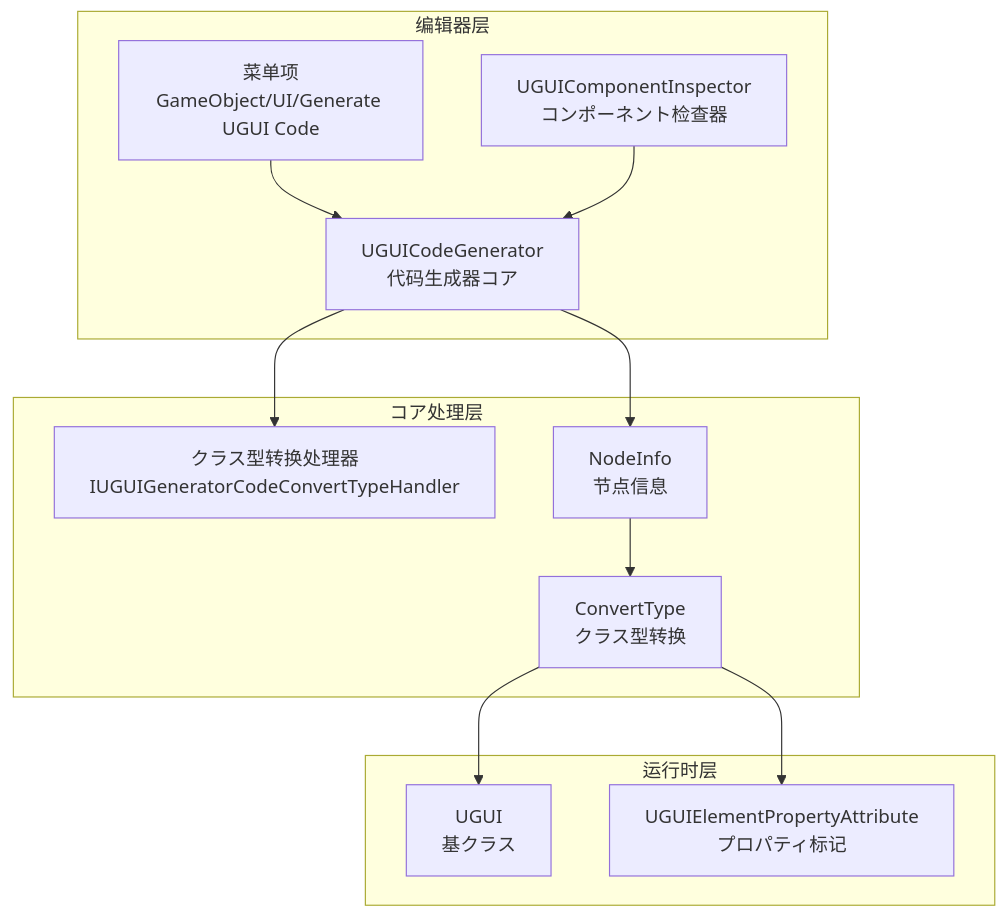
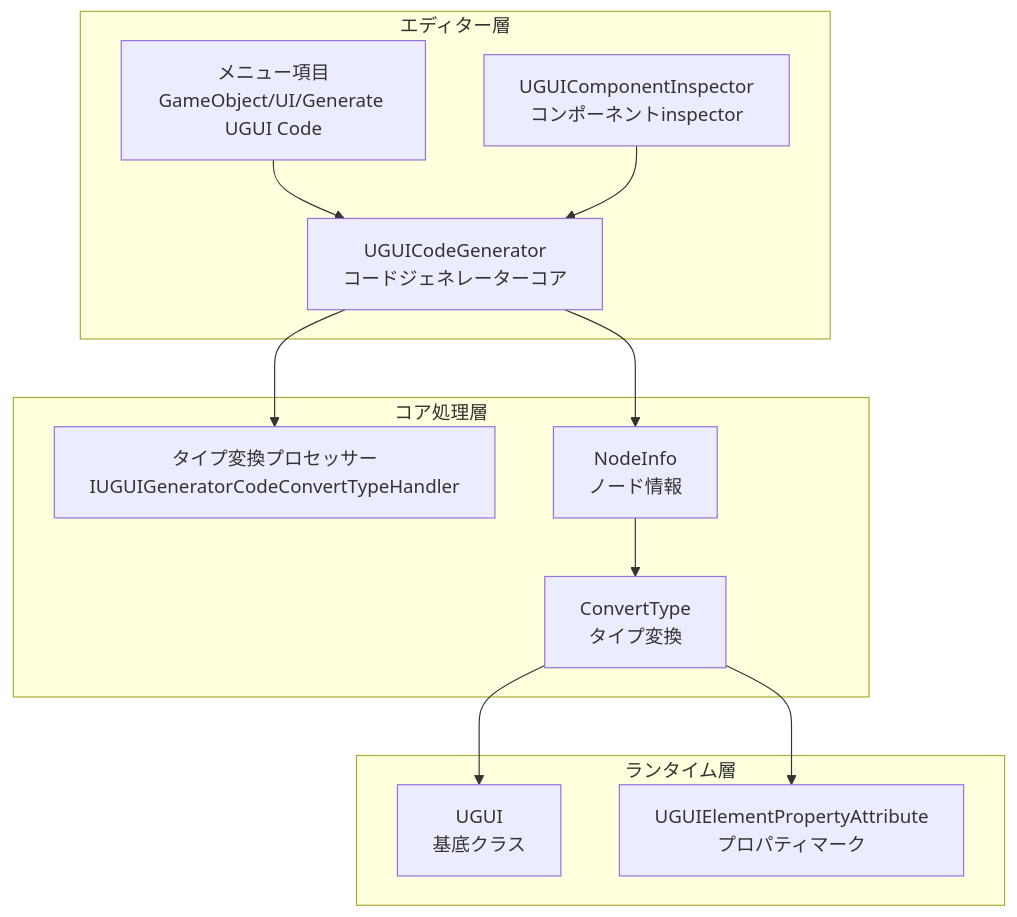
Before and after one commit to AlianBlank/GameFrameX.Docs: the first of 2 diagrams in docs/ja/client/unity/component/ui-ugui/10.code-generator.md, drawn with Mermaid. The commit also changed other lines of this file and 320 other files, not shown here.

````diff
--- a/docs/ja/client/unity/component/ui-ugui/10.code-generator.md
+++ b/docs/ja/client/unity/component/ui-ugui/10.code-generator.md
@@ -25,27 +25,27 @@
 ```mermaid
 graph TD
-    subgraph Editor["编辑器层"]
-        Menu[菜单项<br/>GameObject/UI/Generate UGUI Code]
-        Generator[UGUICodeGenerator<br/>代码生成器コア]
-        Inspector[UGUIComponentInspector<br/>コンポーネント检查器]
+    subgraph Editor["エディター層"]
+        Menu[メニュー項目<br/>GameObject/UI/Generate UGUI Code]
+        Generator[UGUICodeGenerator<br/>コードジェネレーターコア]
+        Inspector[UGUIComponentInspector<br/>コンポーネントinspector]
     end
 
-    subgraph Core["コア处理层"]
-        Handler[クラス型转换处理器<br/>IUGUIGeneratorCodeConvertTypeHandler]
-        NodeInfo[NodeInfo<br/>节点信息]
-        Convert[ConvertType<br/>クラス型转换]
+    subgraph Core["コア処理層"]
+        Handler[タイプ変換プロセッサー<br/>IUGUIGeneratorCodeConvertTypeHandler]
+        NodeInfo[NodeInfo<br/>ノード情報]
+        Convert[ConvertType<br/>タイプ変換]
     end
 
-    subgraph Runtime["运行时层"]
-        UGUI[UGUI<br/>基クラス]
-        Attribute[UGUIElementPropertyAttribute<br/>プロパティ标记]
+    subgraph Runtime["ランタイム層"]
+        UGUI[UGUI<br/>基底クラス]
+        Attribute[UGUIElementPropertyAttribute<br/>プロパティマーク]
     end
 
     Menu --> Generator
     Inspector --> Generator
     Generator --> Handler
     Generator --> NodeInfo
     NodeInfo --> Convert
     Convert --> UGUI
     Convert --> Attribute
 ```
````
